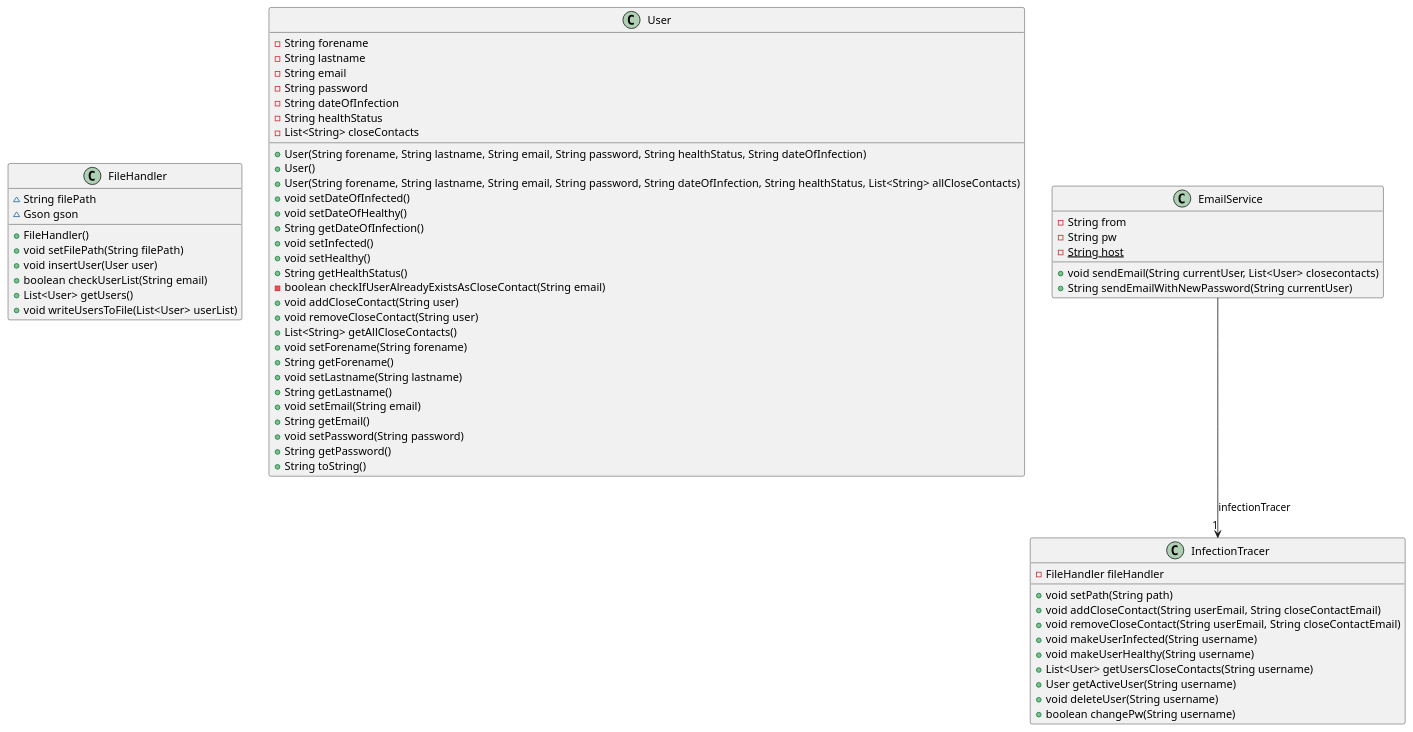
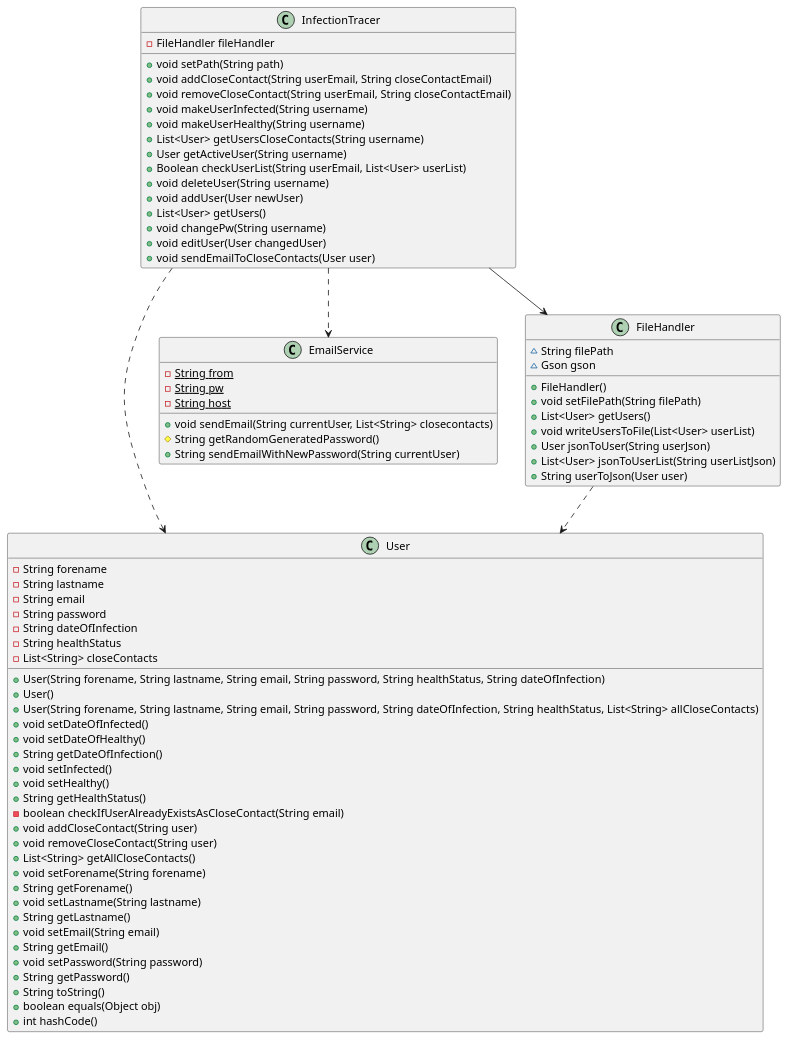
Before and after one commit to Alexanderbrandhaug/InfectionTracerFX: the diagram in Infectiontracer/docs/release3/diagrams/coreclassdiagram.plantuml, drawn with PlantUML. The commit also changed 5 other files, not shown here.

Commit message:
minor changes in diagrams

```diff
--- a/Infectiontracer/docs/release3/diagrams/coreclassdiagram.plantuml
+++ b/Infectiontracer/docs/release3/diagrams/coreclassdiagram.plantuml
@@ -1,66 +1,77 @@
 @startuml
-class FileHandler [[java:infectiontracer.json.FileHandler]] {
-	~String filePath
-	~Gson gson
-	+FileHandler()
-	+void setFilePath(String filePath)
-	+void insertUser(User user)
-	+boolean checkUserList(String email)
-	+List<User> getUsers()
-	+void writeUsersToFile(List<User> userList)
-}
-
 class User [[java:infectiontracer.core.User]] {
 	-String forename
 	-String lastname
 	-String email
 	-String password
 	-String dateOfInfection
 	-String healthStatus
 	-List<String> closeContacts
 	+User(String forename, String lastname, String email, String password, String healthStatus, String dateOfInfection)
 	+User()
 	+User(String forename, String lastname, String email, String password, String dateOfInfection, String healthStatus, List<String> allCloseContacts)
 	+void setDateOfInfected()
 	+void setDateOfHealthy()
 	+String getDateOfInfection()
 	+void setInfected()
 	+void setHealthy()
 	+String getHealthStatus()
 	-boolean checkIfUserAlreadyExistsAsCloseContact(String email)
 	+void addCloseContact(String user)
 	+void removeCloseContact(String user)
 	+List<String> getAllCloseContacts()
 	+void setForename(String forename)
 	+String getForename()
 	+void setLastname(String lastname)
 	+String getLastname()
 	+void setEmail(String email)
 	+String getEmail()
 	+void setPassword(String password)
 	+String getPassword()
 	+String toString()
+	+boolean equals(Object obj)
+	+int hashCode()
 }
 class InfectionTracer [[java:infectiontracer.core.InfectionTracer]] {
 	-FileHandler fileHandler
 	+void setPath(String path)
 	+void addCloseContact(String userEmail, String closeContactEmail)
 	+void removeCloseContact(String userEmail, String closeContactEmail)
 	+void makeUserInfected(String username)
 	+void makeUserHealthy(String username)
 	+List<User> getUsersCloseContacts(String username)
 	+User getActiveUser(String username)
+	+Boolean checkUserList(String userEmail, List<User> userList)
 	+void deleteUser(String username)
-	+boolean changePw(String username)
+	+void addUser(User newUser)
+	+List<User> getUsers()
+	+void changePw(String username)
+	+void editUser(User changedUser)
+	+void sendEmailToCloseContacts(User user)
 }
 class EmailService [[java:infectiontracer.core.EmailService]] {
-	-String from
-	-String pw
+	-{static}String from
+	-{static}String pw
 	-{static}String host
-	+void sendEmail(String currentUser, List<User> closecontacts)
+	+void sendEmail(String currentUser, List<String> closecontacts)
+	#String getRandomGeneratedPassword()
 	+String sendEmailWithNewPassword(String currentUser)
 }
-class InfectionTracer [[java:infectiontracer.core.InfectionTracer]] {
+
+class FileHandler [[java:infectiontracer.json.FileHandler]] {
+	~String filePath
+	~Gson gson
+	+FileHandler()
+	+void setFilePath(String filePath)
+	+List<User> getUsers()
+	+void writeUsersToFile(List<User> userList)
+	+User jsonToUser(String userJson)
+	+List<User> jsonToUserList(String userListJson)
+	+String userToJson(User user)
 }
-EmailService --> "1" InfectionTracer : infectionTracer
+
+InfectionTracer --> FileHandler
+InfectionTracer ..> User
+InfectionTracer ..> EmailService
+FileHandler ..> User
 @enduml
```
